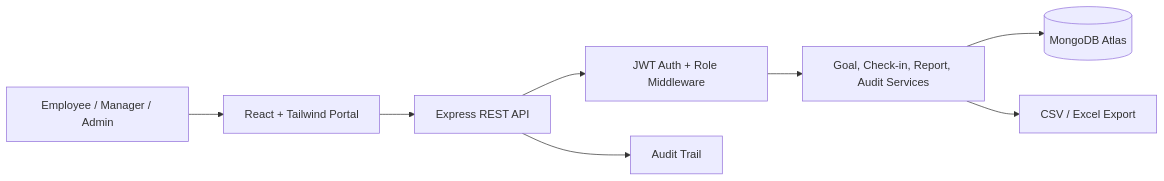
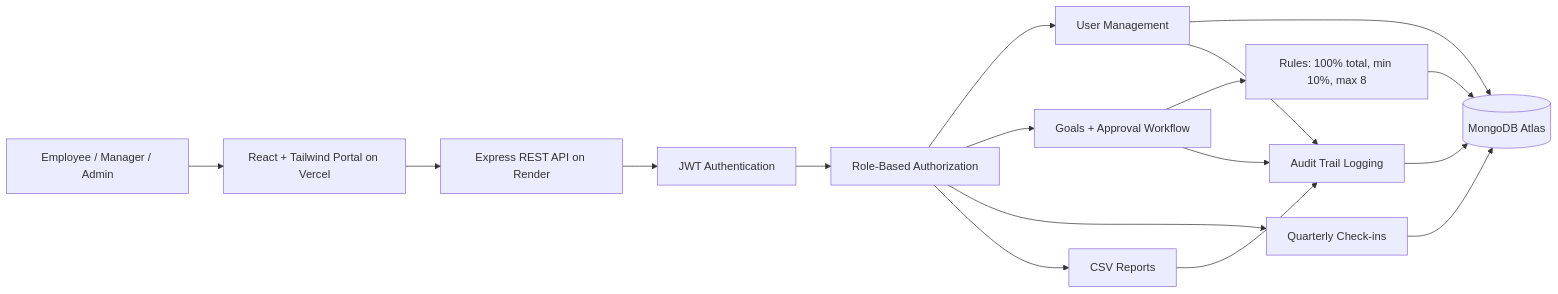
The diagram in README.md (ankita7Patil/AtomQuest-Hackathon-2026), drawn with Mermaid before and after one commit. The commit also changed other lines of this file, not shown here.

````diff
--- a/README.md
+++ b/README.md
@@ -42,10 +63,19 @@
 ```mermaid
 flowchart LR
-  U["Employee / Manager / Admin"] --> FE["React + Tailwind Portal"]
-  FE --> API["Express REST API"]
-  API --> AUTH["JWT Auth + Role Middleware"]
-  AUTH --> SVC["Goal, Check-in, Report, Audit Services"]
-  SVC --> DB[("MongoDB Atlas")]
-  SVC --> CSV["CSV / Excel Export"]
-  API --> LOG["Audit Trail"]
+  U["Employee / Manager / Admin"] --> FE["React + Tailwind Portal on Vercel"]
+  FE --> API["Express REST API on Render"]
+  API --> AUTH["JWT Authentication"]
+  AUTH --> RBAC["Role-Based Authorization"]
+  RBAC --> USERS["User Management"]
+  RBAC --> GOALS["Goals + Approval Workflow"]
+  RBAC --> CHECKINS["Quarterly Check-ins"]
+  RBAC --> REPORTS["CSV Reports"]
+  USERS --> DB[("MongoDB Atlas")]
+  GOALS --> VALIDATION["Rules: 100% total, min 10%, max 8"]
+  VALIDATION --> DB
+  CHECKINS --> DB
+  REPORTS --> AUDIT["Audit Trail Logging"]
+  GOALS --> AUDIT
+  USERS --> AUDIT
+  AUDIT --> DB
 ```
````
